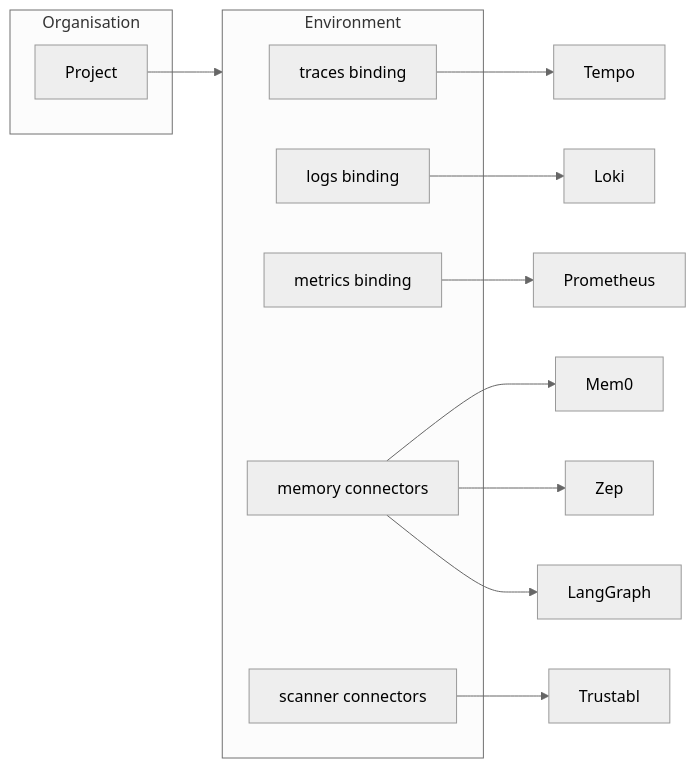
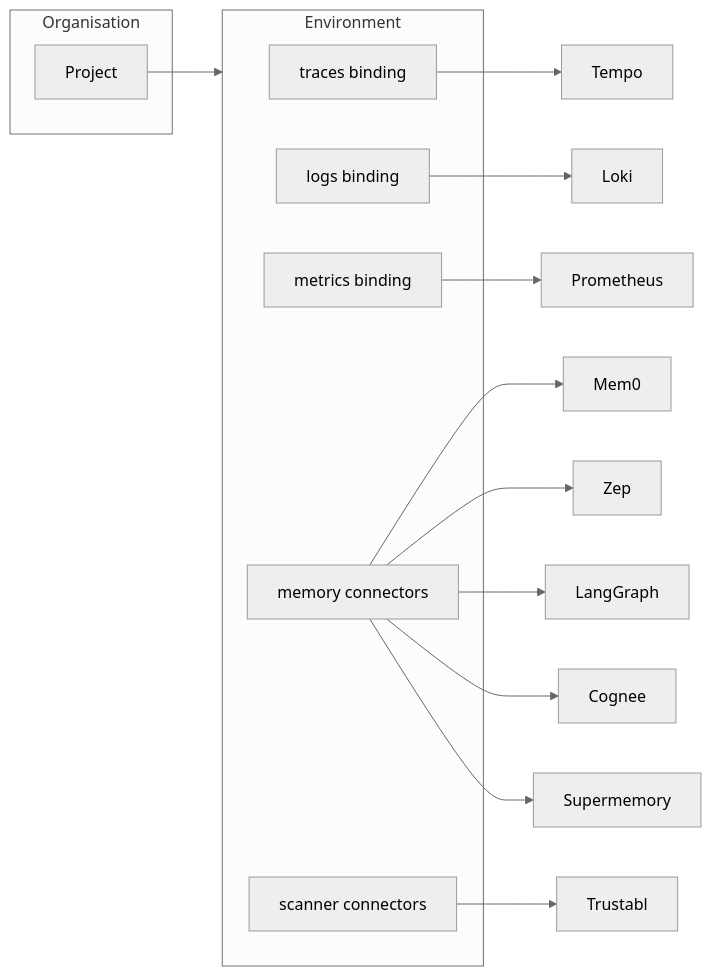
The diagram in docs/latest/openlit/connectors/overview.mdx (openlit/openlit), drawn with Mermaid (neutral theme) before and after one commit. The commit also changed other lines of this file and 24 other files, not shown here.

First line of the commit message:
feat(client): add Cognee and Supermemory memory connectors

````diff
--- a/docs/latest/openlit/connectors/overview.mdx
+++ b/docs/latest/openlit/connectors/overview.mdx
@@ -43,21 +43,23 @@
 ```mermaid
 flowchart LR
   subgraph org [Organisation]
     proj[Project]
   end
   subgraph env [Environment]
     bindT[traces binding]
     bindL[logs binding]
     bindM[metrics binding]
     mem[memory connectors]
     scan[scanner connectors]
   end
   proj --> env
   bindT --> DS1[Tempo]
   bindL --> DS2[Loki]
   bindM --> DS3[Prometheus]
   mem --> M1[Mem0]
   mem --> M2[Zep]
   mem --> M3[LangGraph]
+  mem --> M4[Cognee]
+  mem --> M5[Supermemory]
   scan --> S1[Trustabl]
 ```
````
